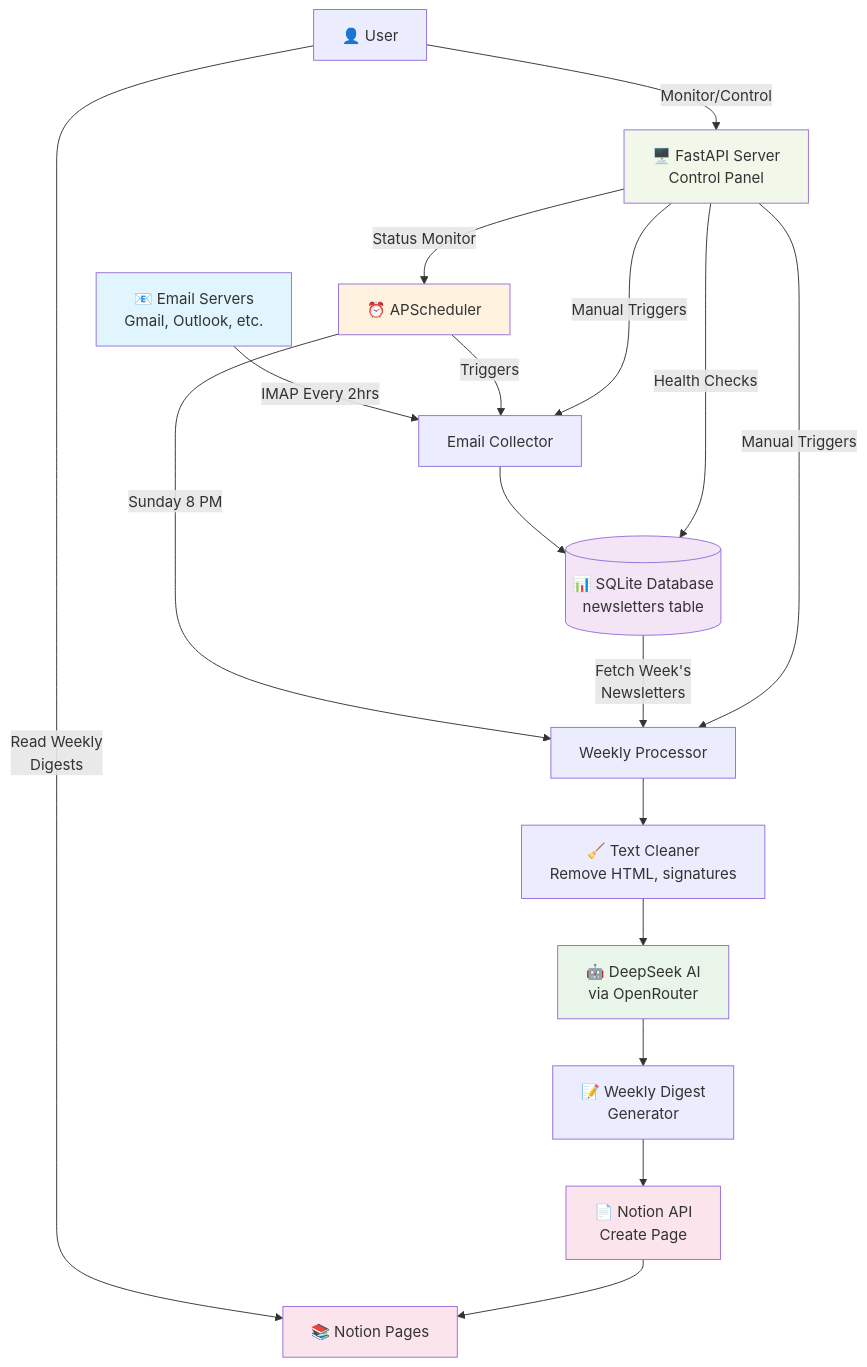
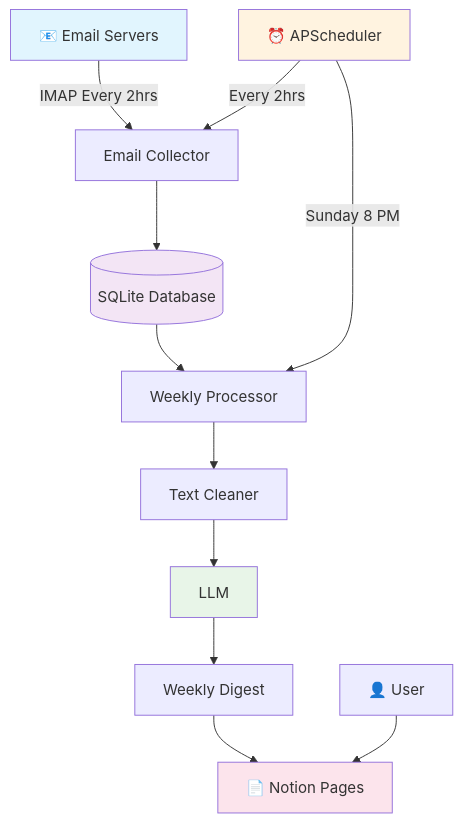
One commit to samz905/newsletter-gpt changed the diagram in MIGRATION_PLAN.md. Above: the diagram before and after it, drawn with Mermaid.

Commit message:
new plan added

````diff
--- a/MIGRATION_PLAN.md
+++ b/MIGRATION_PLAN.md
@@ -11,31 +11,22 @@
 ```mermaid
 graph TD
-    A[📧 Email Servers<br/>Gmail, Outlook, etc.] -->|IMAP Every 2hrs| B[Email Collector]
-    B --> C[(📊 SQLite Database<br/>newsletters table)]
+    A[📧 Email Servers] -->|IMAP Every 2hrs| B[Email Collector]
+    B --> C[(SQLite Database)]
     
-    D[⏰ APScheduler] -->|Triggers| B
+    D[⏰ APScheduler] -->|Every 2hrs| B
     D -->|Sunday 8 PM| E[Weekly Processor]
     
-    C -->|Fetch Week's<br/>Newsletters| E
-    E --> F[🧹 Text Cleaner<br/>Remove HTML, signatures]
-    F --> G[🤖 DeepSeek AI<br/>via OpenRouter]
-    G --> H[📝 Weekly Digest<br/>Generator]
-    H --> I[📄 Notion API<br/>Create Page]
+    C --> E
+    E --> F[Text Cleaner]
+    F --> G[LLM]
+    G --> H[Weekly Digest]
+    H --> I[📄 Notion Pages]
     
-    J[🖥️ FastAPI Server<br/>Control Panel] -->|Manual Triggers| B
-    J -->|Manual Triggers| E
-    J -->|Health Checks| C
-    J -->|Status Monitor| D
-    
-    K[👤 User] -->|Monitor/Control| J
-    K -->|Read Weekly<br/>Digests| L[📚 Notion Pages]
-    I --> L
+    J[👤 User] --> I
     
     style A fill:#e1f5fe
     style C fill:#f3e5f5
     style D fill:#fff3e0
     style G fill:#e8f5e8
     style I fill:#fce4ec
-    style J fill:#f1f8e9
-    style L fill:#fce4ec
 ```
````
